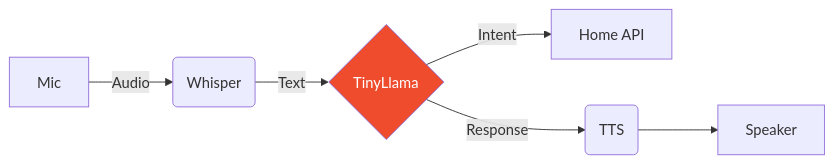
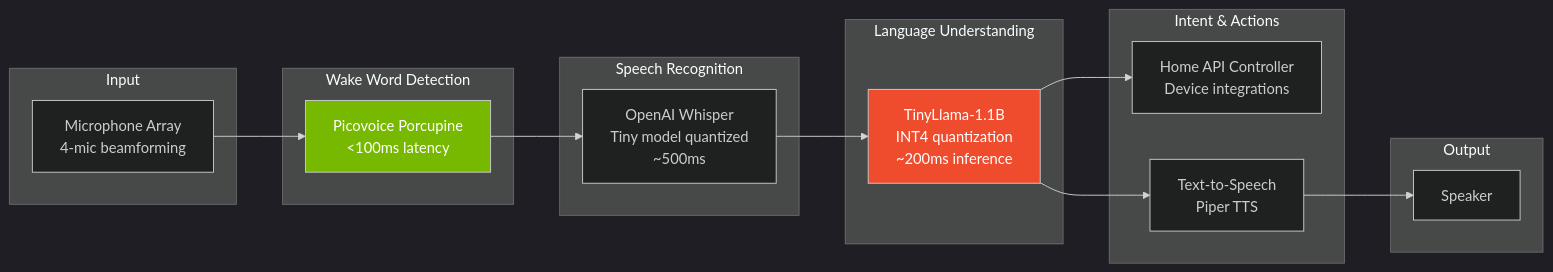
The second of 2 diagrams in README.md (siracgezgin/siracgezgin), drawn with Mermaid before and after one commit. The commit also changed other lines of this file, not shown here.

````diff
--- a/README.md
+++ b/README.md
@@ -184,10 +610,38 @@
 ```mermaid
+%%{init: {'theme':'dark'}}%%
 graph LR
-    A[Mic] -->|Audio| B(Whisper)
-    B -->|Text| C{TinyLlama}
-    C -->|Intent| D[Home API]
-    C -->|Response| E(TTS)
-    E --> F[Speaker]
+    subgraph Input
+        A[Microphone Array<br/>4-mic beamforming]
+    end
     
-    style C fill:#EE4C2C,color:white
+    subgraph "Wake Word Detection"
+        B[Picovoice Porcupine<br/><100ms latency]
+    end
+    
+    subgraph "Speech Recognition"
+        C[OpenAI Whisper<br/>Tiny model quantized<br/>~500ms]
+    end
+    
+    subgraph "Language Understanding"
+        D[TinyLlama-1.1B<br/>INT4 quantization<br/>~200ms inference]
+    end
+    
+    subgraph "Intent & Actions"
+        E[Home API Controller<br/>Device integrations]
+        F[Text-to-Speech<br/>Piper TTS]
+    end
+    
+    subgraph Output
+        G[Speaker]
+    end
+    
+    A --> B
+    B --> C
+    C --> D
+    D --> E
+    D --> F
+    F --> G
+    
+    style D fill:#EE4C2C,color:white
+    style B fill:#76B900,color:white
 ```
````
